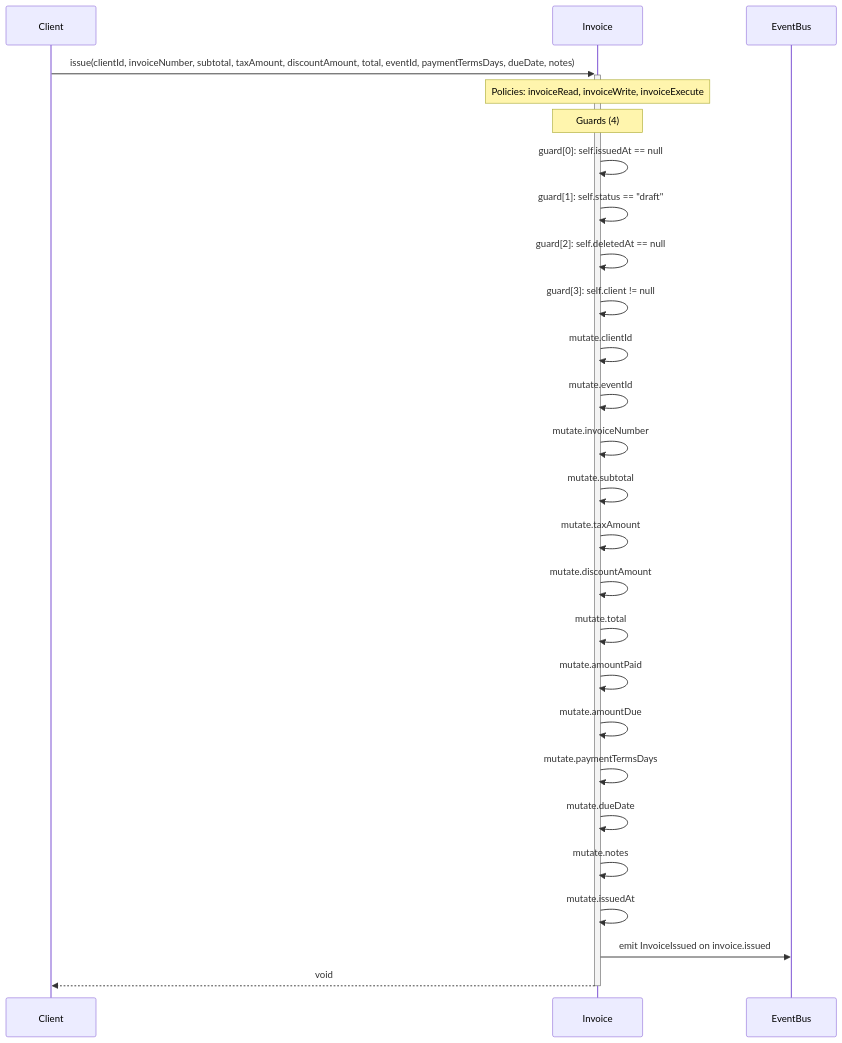
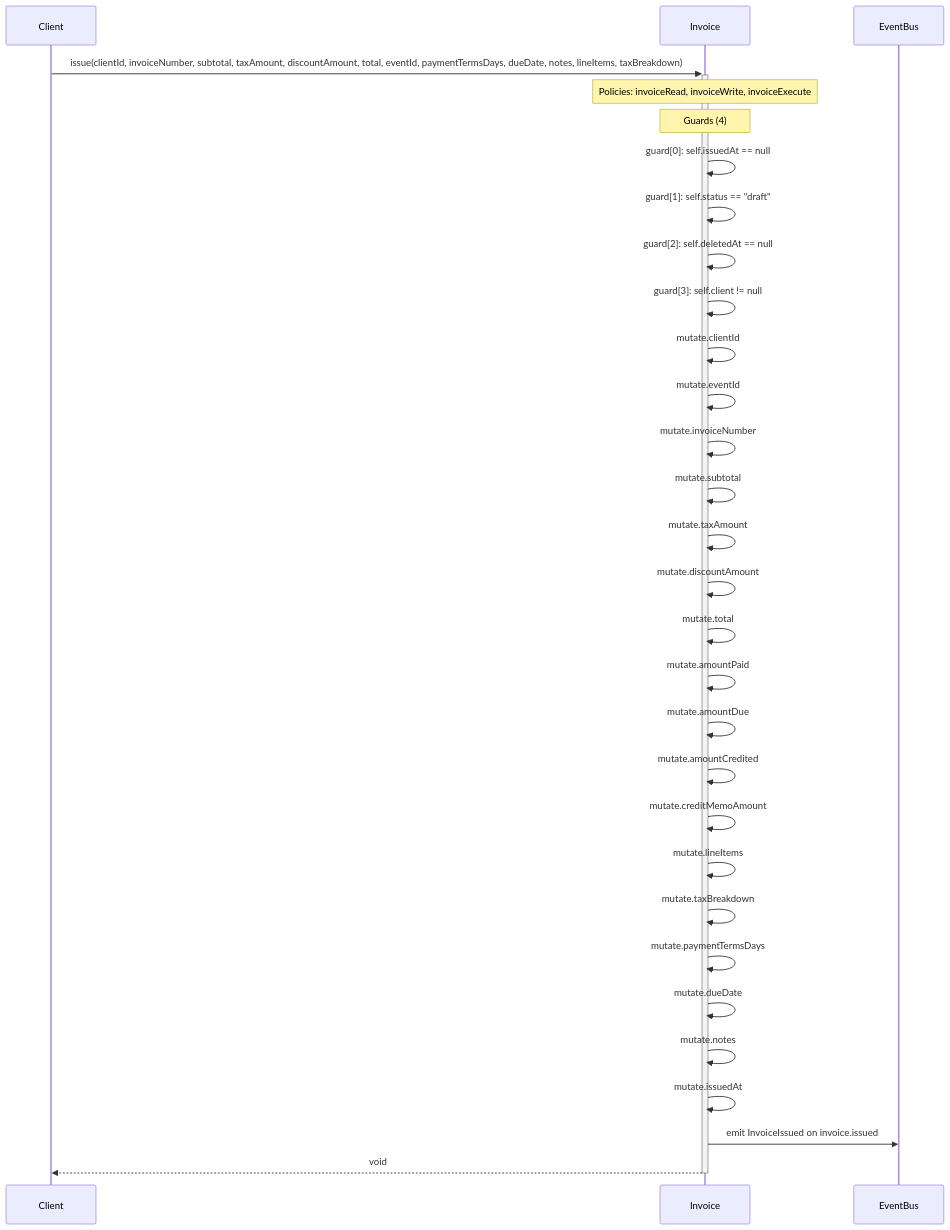
Before and after one commit to Angriff36/capsule: the diagram in diagrams/sequence-Invoice-issue.mmd, drawn with Mermaid. The commit also changed 690 other files, not shown here.

```diff
--- a/diagrams/sequence-Invoice-issue.mmd
+++ b/diagrams/sequence-Invoice-issue.mmd
@@ -1,26 +1,30 @@
 sequenceDiagram
     participant Client
     participant Invoice as Invoice
     participant EventBus
-    Client->>+Invoice: issue(clientId, invoiceNumber, subtotal, taxAmount, discountAmount, total, eventId, paymentTermsDays, dueDate, notes)
+    Client->>+Invoice: issue(clientId, invoiceNumber, subtotal, taxAmount, discountAmount, total, eventId, paymentTermsDays, dueDate, notes, lineItems, taxBreakdown)
     Note over Invoice: Policies: invoiceRead, invoiceWrite, invoiceExecute
     Note over Invoice: Guards (4)
     Invoice->>Invoice: guard[0]: self.issuedAt == null
     Invoice->>Invoice: guard[1]: self.status == #quot;draft#quot;
     Invoice->>Invoice: guard[2]: self.deletedAt == null
     Invoice->>Invoice: guard[3]: self.client != null
     Invoice->>Invoice: mutate.clientId
     Invoice->>Invoice: mutate.eventId
     Invoice->>Invoice: mutate.invoiceNumber
     Invoice->>Invoice: mutate.subtotal
     Invoice->>Invoice: mutate.taxAmount
     Invoice->>Invoice: mutate.discountAmount
     Invoice->>Invoice: mutate.total
     Invoice->>Invoice: mutate.amountPaid
     Invoice->>Invoice: mutate.amountDue
+    Invoice->>Invoice: mutate.amountCredited
+    Invoice->>Invoice: mutate.creditMemoAmount
+    Invoice->>Invoice: mutate.lineItems
+    Invoice->>Invoice: mutate.taxBreakdown
     Invoice->>Invoice: mutate.paymentTermsDays
     Invoice->>Invoice: mutate.dueDate
     Invoice->>Invoice: mutate.notes
     Invoice->>Invoice: mutate.issuedAt
     Invoice->>EventBus: emit InvoiceIssued on invoice.issued
     Invoice-->>-Client: void
```
